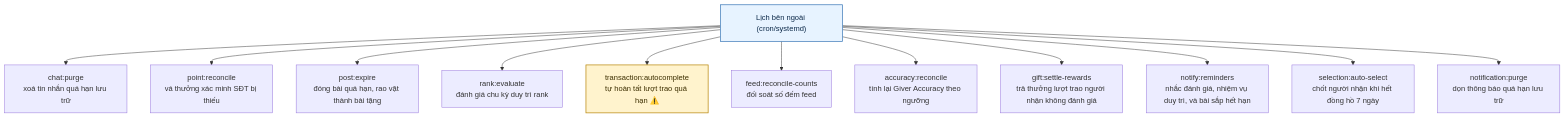
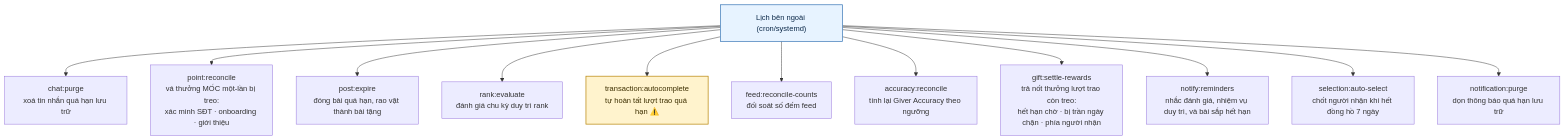
Before and after one commit to fdshn/trueheart: the first of 7 diagrams in docs/diagram/17-jobs.md, drawn with Mermaid. The commit also changed 49 other files, not shown here.

````diff
--- a/docs/diagram/17-jobs.md
+++ b/docs/diagram/17-jobs.md
@@ -10,17 +10,17 @@
 ```mermaid
 flowchart TD
     C["Lịch bên ngoài (cron/systemd)"] --> A["chat:purge<br/>xoá tin nhắn quá hạn lưu trữ"]
-    C --> B["point:reconcile<br/>vá thưởng xác minh SĐT bị thiếu"]
+    C --> B["point:reconcile<br/>vá thưởng MỐC một-lần bị treo:<br/>xác minh SĐT · onboarding · giới thiệu"]
     C --> D["post:expire<br/>đóng bài quá hạn, rao vặt thành bài tặng"]
     C --> E["rank:evaluate<br/>đánh giá chu kỳ duy trì rank"]
     C --> F["transaction:autocomplete<br/>tự hoàn tất lượt trao quá hạn ⚠️"]
     C --> G["feed:reconcile-counts<br/>đối soát số đếm feed"]
     C --> H["accuracy:reconcile<br/>tính lại Giver Accuracy theo ngưỡng"]
-    C --> I["gift:settle-rewards<br/>trả thưởng lượt trao người nhận không đánh giá"]
+    C --> I["gift:settle-rewards<br/>trả nốt thưởng lượt trao còn treo:<br/>hết hạn chờ · bị trần ngày chặn · phía người nhận"]
     C --> J["notify:reminders<br/>nhắc đánh giá, nhiệm vụ duy trì, và bài sắp hết hạn"]
     C --> K["selection:auto-select<br/>chốt người nhận khi hết đồng hồ 7 ngày"]
     C --> L["notification:purge<br/>dọn thông báo quá hạn lưu trữ"]
 
     style C fill:#e7f3ff,stroke:#3d7ab8,stroke-width:1.5px,color:#0d2a4a
     style F fill:#fff3cd,stroke:#b8860b,stroke-width:1.5px,color:#3d2f00
 ```
````
